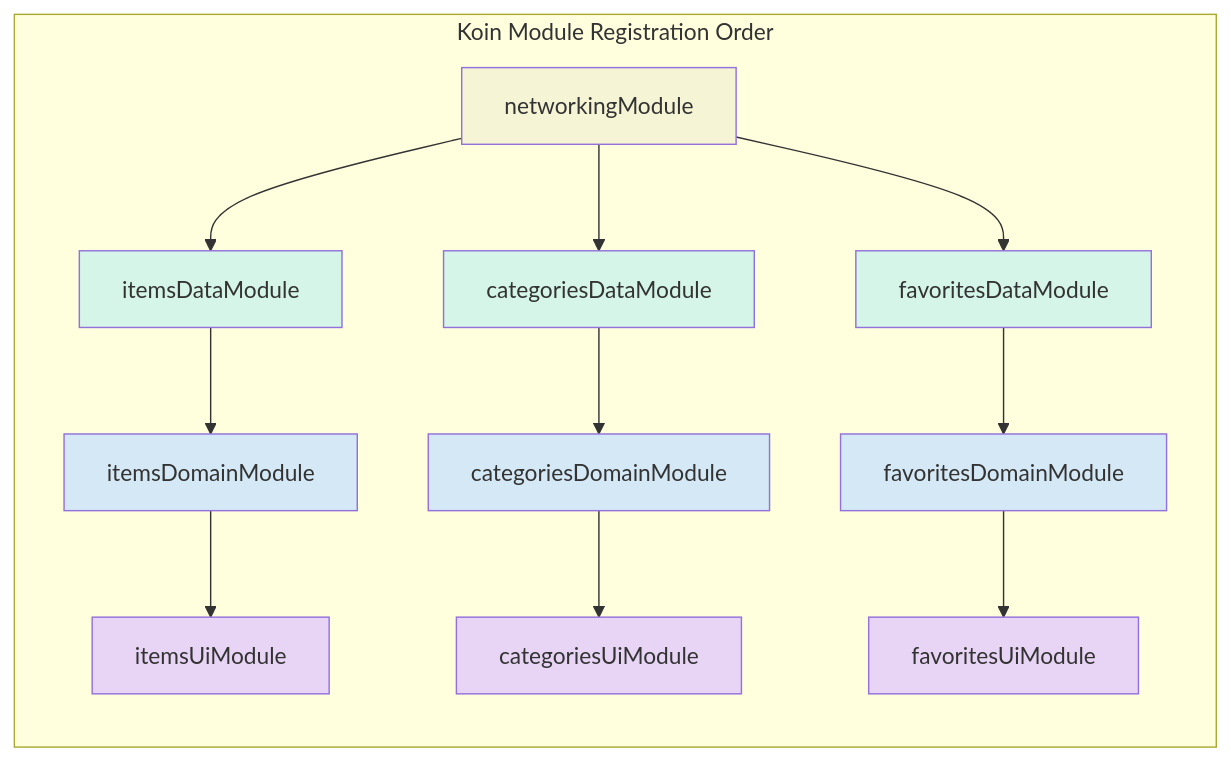
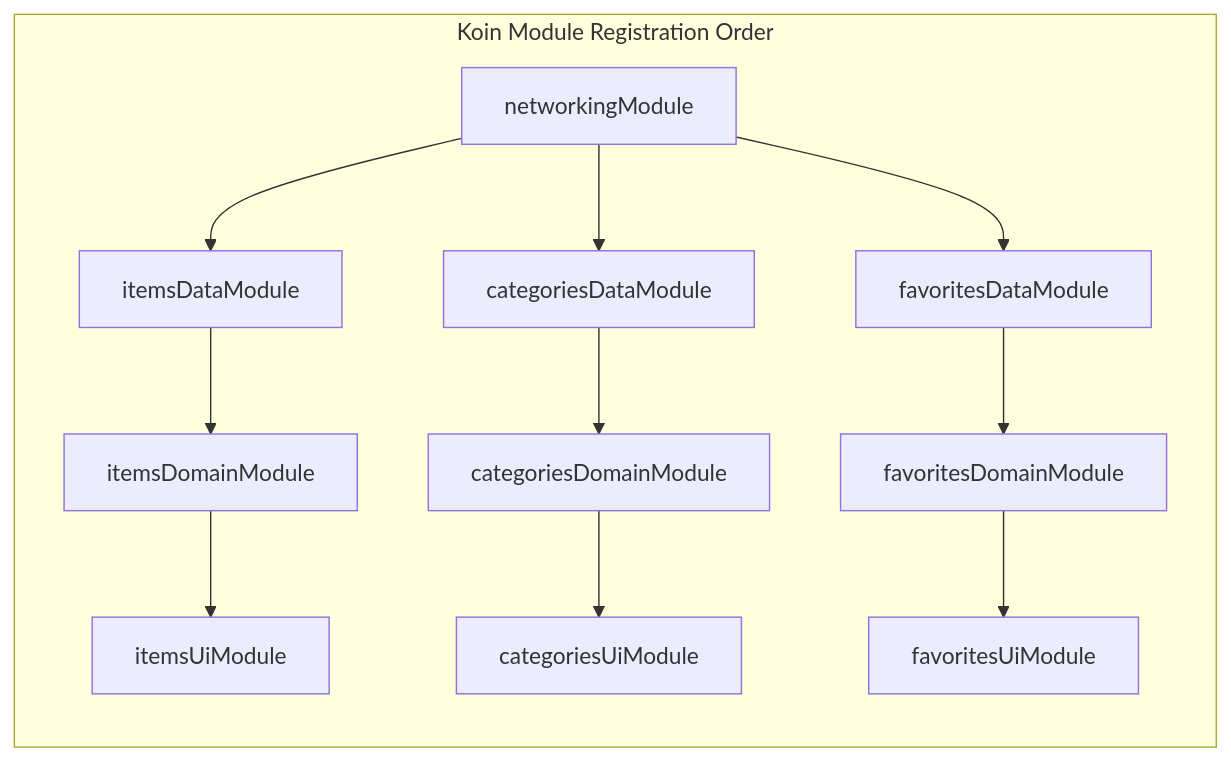
The eighth of 9 diagrams in README.md (Ashanen/Castociasto), drawn with Mermaid before and after one commit. The commit also changed other lines of this file, not shown here.

Commit message:
Update README: feature isolation, domain-centric architecture, remove custom colors

````diff
--- a/README.md
+++ b/README.md
@@ -491,39 +508,28 @@
 ```mermaid
 graph LR
     subgraph "Koin Module Registration Order"
         NET[networkingModule]
 
         ID[itemsDataModule]
         CD[categoriesDataModule]
         FD[favoritesDataModule]
 
         IDO[itemsDomainModule]
         CDO[categoriesDomainModule]
         FDO[favoritesDomainModule]
 
         IU[itemsUiModule]
         CU[categoriesUiModule]
         FU[favoritesUiModule]
     end
 
     NET --> ID
     NET --> CD
     NET --> FD
     ID --> IDO
     CD --> CDO
     FD --> FDO
     IDO --> IU
     CDO --> CU
     FDO --> FU
-
-    style NET fill:#F5F5D5
-    style ID fill:#D5F5E8
-    style CD fill:#D5F5E8
-    style FD fill:#D5F5E8
-    style IDO fill:#D5E8F5
-    style CDO fill:#D5E8F5
-    style FDO fill:#D5E8F5
-    style IU fill:#E8D5F5
-    style CU fill:#E8D5F5
-    style FU fill:#E8D5F5
 ```
````
